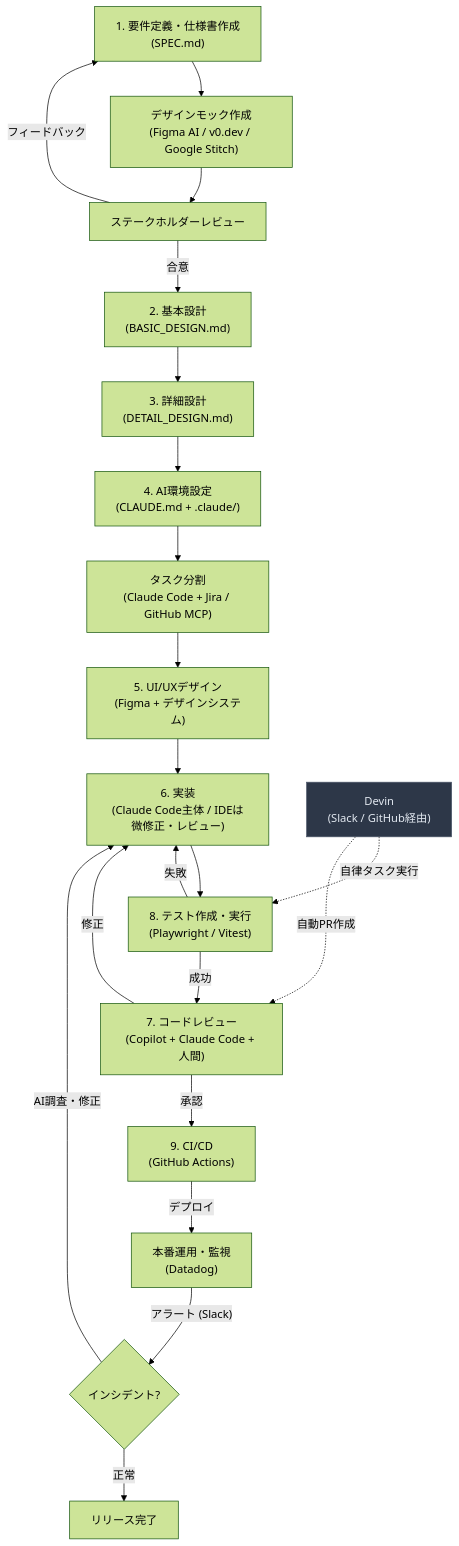
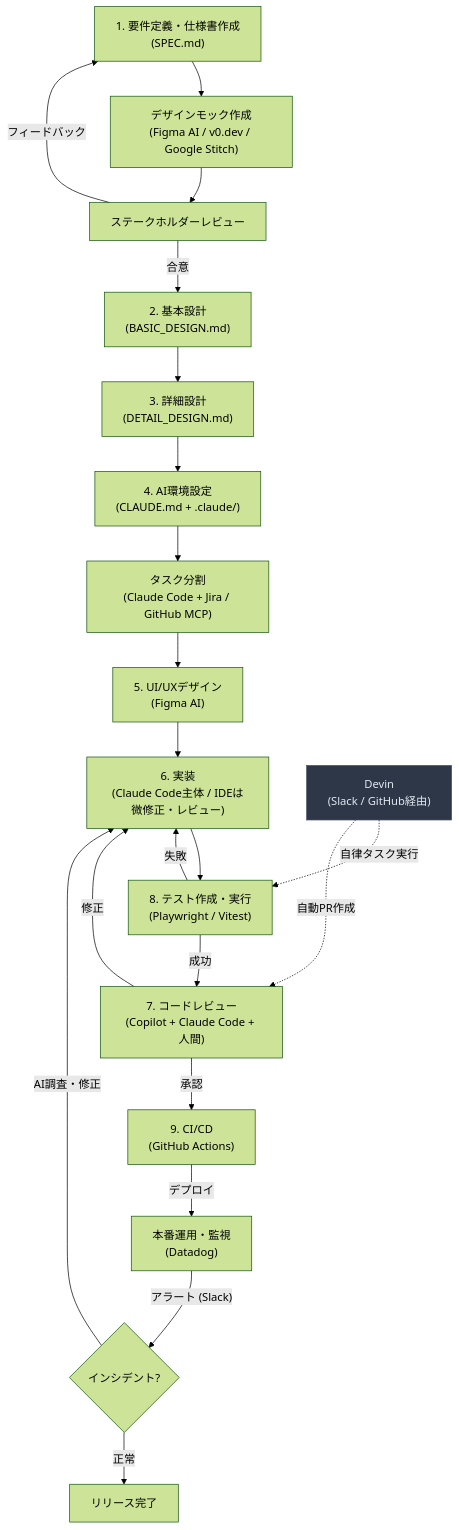
Diagram 11 of 38 in AI駆動開発.md (takuma39/ai), drawn with Mermaid (forest theme) before and after one commit. The commit also changed other lines of this file, not shown here.

````diff
--- a/AI駆動開発.md
+++ b/AI駆動開発.md
@@ -330,25 +330,25 @@
 ```mermaid
 flowchart TD
     A["1. 要件定義・仕様書作成<br/>(SPEC.md)"] --> M["デザインモック作成<br/>(Figma AI / v0.dev / Google Stitch)"]
     M --> R["ステークホルダーレビュー"]
     R -->|"フィードバック"| A
     R -->|"合意"| B["2. 基本設計<br/>(BASIC_DESIGN.md)"]
     B --> B2["3. 詳細設計<br/>(DETAIL_DESIGN.md)"]
     B2 --> B3["4. AI環境設定<br/>(CLAUDE.md + .claude/)"]
     B3 --> TS["タスク分割<br/>(Claude Code + Jira / GitHub MCP)"]
-    TS --> C["5. UI/UXデザイン<br/>(Figma + デザインシステム)"]
+    TS --> C["5. UI/UXデザイン<br/>(Figma AI)"]
     C --> D["6. 実装<br/>(Claude Code主体 / IDEは微修正・レビュー)"]
     D --> T["8. テスト作成・実行<br/>(Playwright / Vitest)"]
     T -->|"失敗"| D
     T -->|"成功"| E["7. コードレビュー<br/>(Copilot + Claude Code + 人間)"]
     E -->|修正| D
     E -->|承認| F["9. CI/CD<br/>(GitHub Actions)"]
     F -->|デプロイ| G["本番運用・監視<br/>(Datadog)"]
     G -->|"アラート (Slack)"| H{"インシデント?"}
     H -->|"AI調査・修正"| D
     H -->|"正常"| I["リリース完了"]
 
     D2["Devin<br/>(Slack / GitHub経由)"] -.->|"自律タスク実行"| T
     D2 -.->|"自動PR作成"| E
     style D2 fill:#2d3748,stroke:#4a5568,color:#e2e8f0
 ```
````
